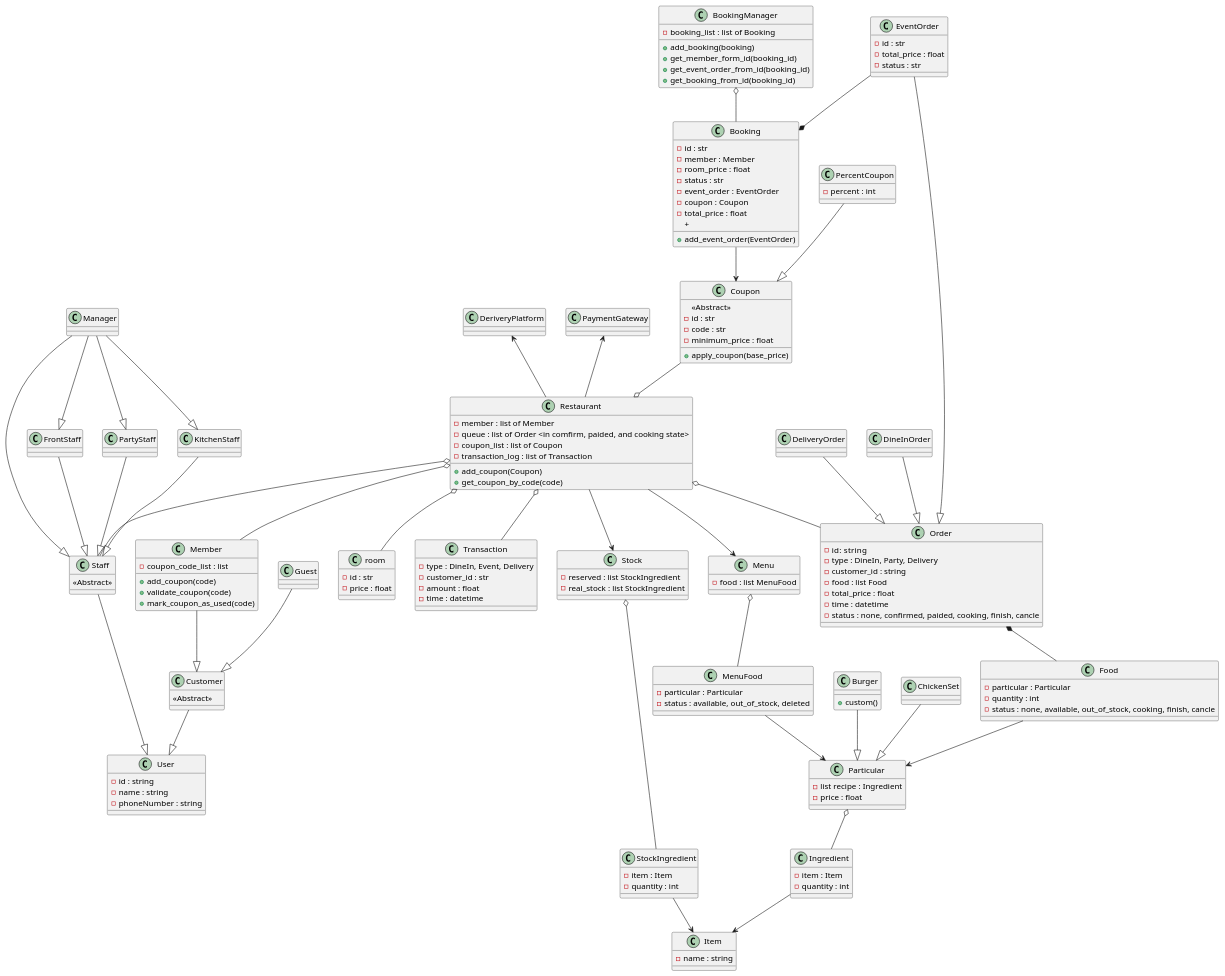
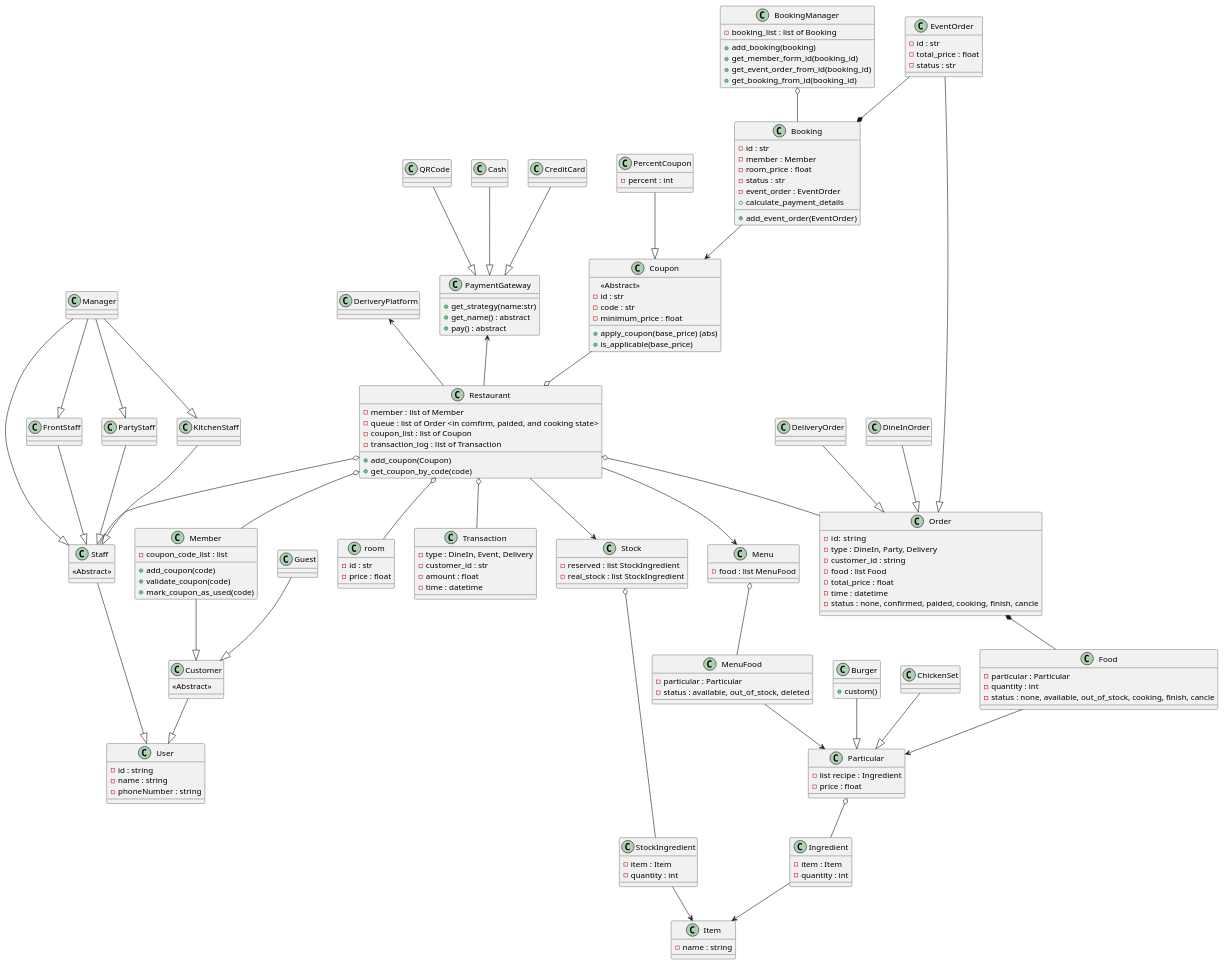
The diagram in shared/doc/class_diagram.puml (twrrippy/knight-chicken-oop), drawn with PlantUML before and after one commit.

Commit message:
Refactor Booking and PaymentGateway classes; add new methods and update Coupon class

```diff
--- a/shared/doc/class_diagram.puml
+++ b/shared/doc/class_diagram.puml
@@ -159,17 +159,16 @@
     - room_price : float
     - status : str
     - event_order : EventOrder
-    - coupon : Coupon
-    - total_price : float
     + add_event_order(EventOrder)
-    +
+    + calculate_payment_details
 }
 class Coupon{
     <<Abstract>>
     - id : str
     - code : str
     - minimum_price : float
-    + apply_coupon(base_price)
+    + apply_coupon(base_price) (abs)
+    + is_applicable(base_price)
 }
 class PercentCoupon{
     - percent : int
@@ -180,7 +179,24 @@
 }
 PaymentGateway <-- Restaurant
 class PaymentGateway{
+    + get_strategy(name:str)
+    + get_name() : abstract
+    + pay() : abstract
 
+}
+QRCode --|> PaymentGateway
+class QRCode{
+
+}
+
+Cash --|> PaymentGateway
+class Cash{
+    
+}
+
+CreditCard --|> PaymentGateway
+class CreditCard{
+    
 }
 
 Restaurant o-- Transaction
```
